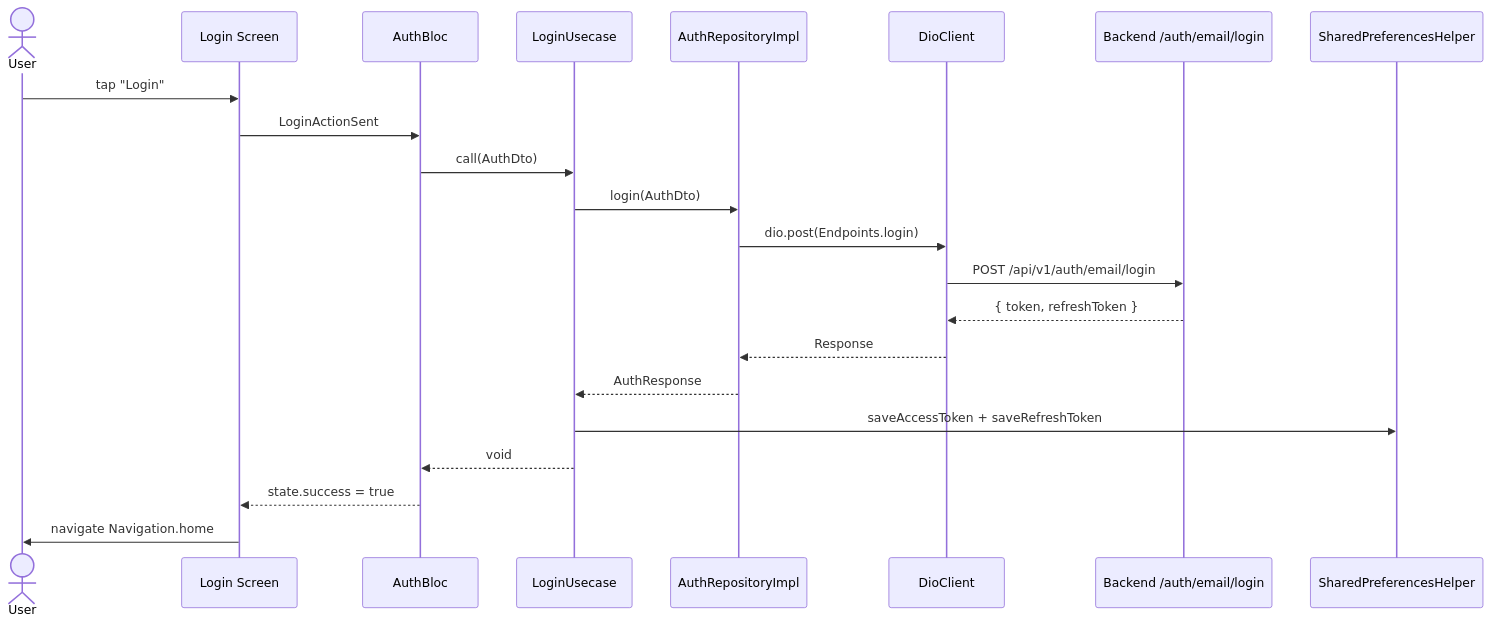
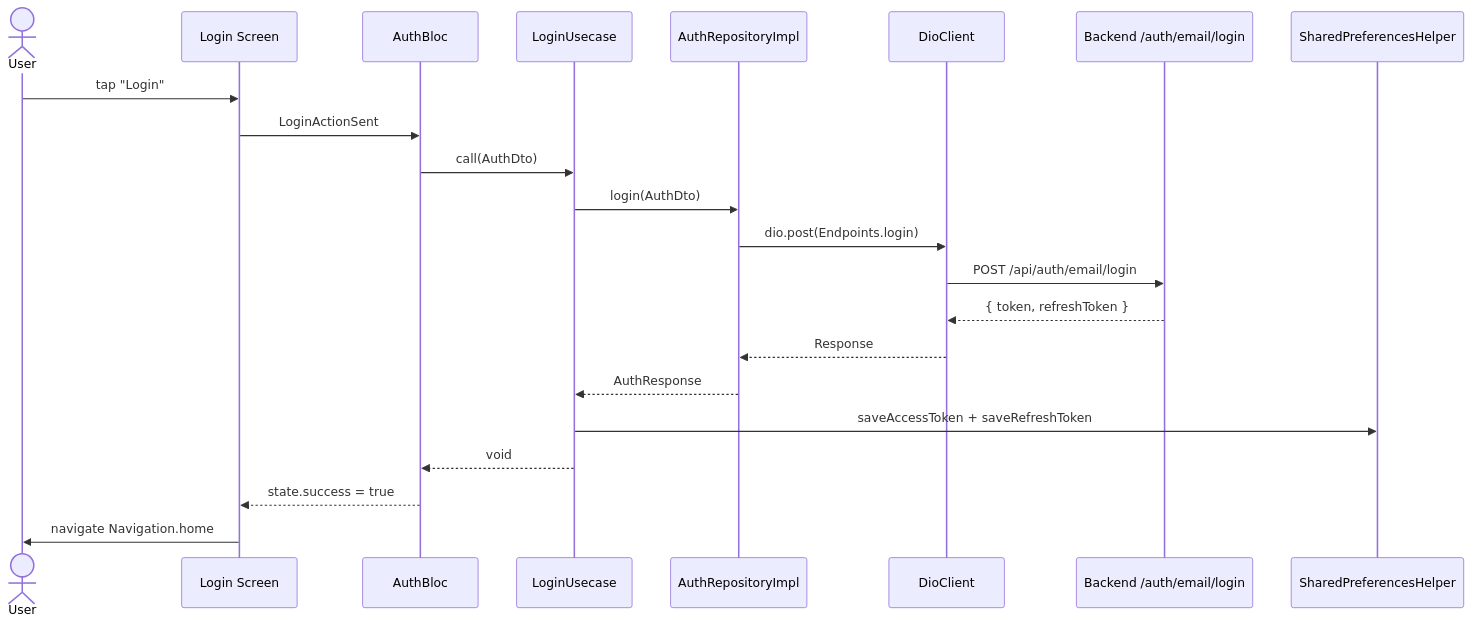
Before and after one commit to blitzy-public-samples/pantry-chef-traditional: the diagram in mobile/lib/features/authentication/README.md, drawn with Mermaid. The commit also changed other lines of this file and 72 other files, not shown here.

````diff
--- a/mobile/lib/features/authentication/README.md
+++ b/mobile/lib/features/authentication/README.md
@@ -93,24 +93,24 @@
 ```mermaid
 sequenceDiagram
     actor User
     participant Login as Login Screen
     participant Bloc as AuthBloc
     participant UC as LoginUsecase
     participant Repo as AuthRepositoryImpl
     participant Dio as DioClient
     participant API as Backend /auth/email/login
     participant Prefs as SharedPreferencesHelper
     User->>Login: tap "Login"
     Login->>Bloc: LoginActionSent
     Bloc->>UC: call(AuthDto)
     UC->>Repo: login(AuthDto)
     Repo->>Dio: dio.post(Endpoints.login)
-    Dio->>API: POST /api/v1/auth/email/login
+    Dio->>API: POST /api/auth/email/login
     API-->>Dio: { token, refreshToken }
     Dio-->>Repo: Response
     Repo-->>UC: AuthResponse
     UC->>Prefs: saveAccessToken + saveRefreshToken
     UC-->>Bloc: void
     Bloc-->>Login: state.success = true
     Login->>User: navigate Navigation.home
 ```
````
